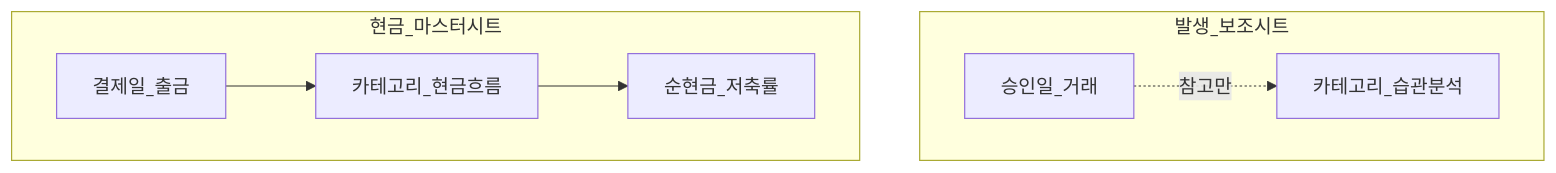
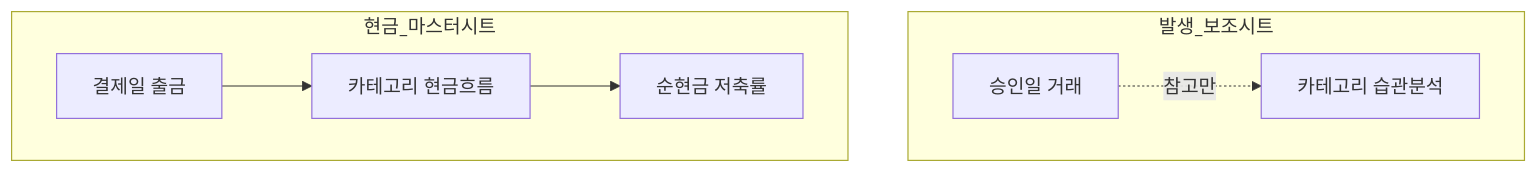
The first of 3 diagrams in 01-foundations/household-ledger-practical.md (goldanghenry/Finances), drawn with Mermaid before and after one commit. The commit also changed other lines of this file and 211 other files, not shown here.

````diff
--- a/01-foundations/household-ledger-practical.md
+++ b/01-foundations/household-ledger-practical.md
@@ -131,14 +139,14 @@
 ```mermaid
 flowchart TD
   subgraph accrual [발생_보조시트]
-    Auth[승인일_거래]
-    CatA[카테고리_습관분석]
+    Auth["승인일 거래"]
+    CatA["카테고리 습관분석"]
   end
   subgraph cash [현금_마스터시트]
-    Pay[결제일_출금]
-    CatC[카테고리_현금흐름]
-    Net[순현금_저축률]
+    Pay["결제일 출금"]
+    CatC["카테고리 현금흐름"]
+    Net["순현금 저축률"]
   end
   Auth -.->|참고만| CatA
   Pay --> CatC --> Net
 ```
````
